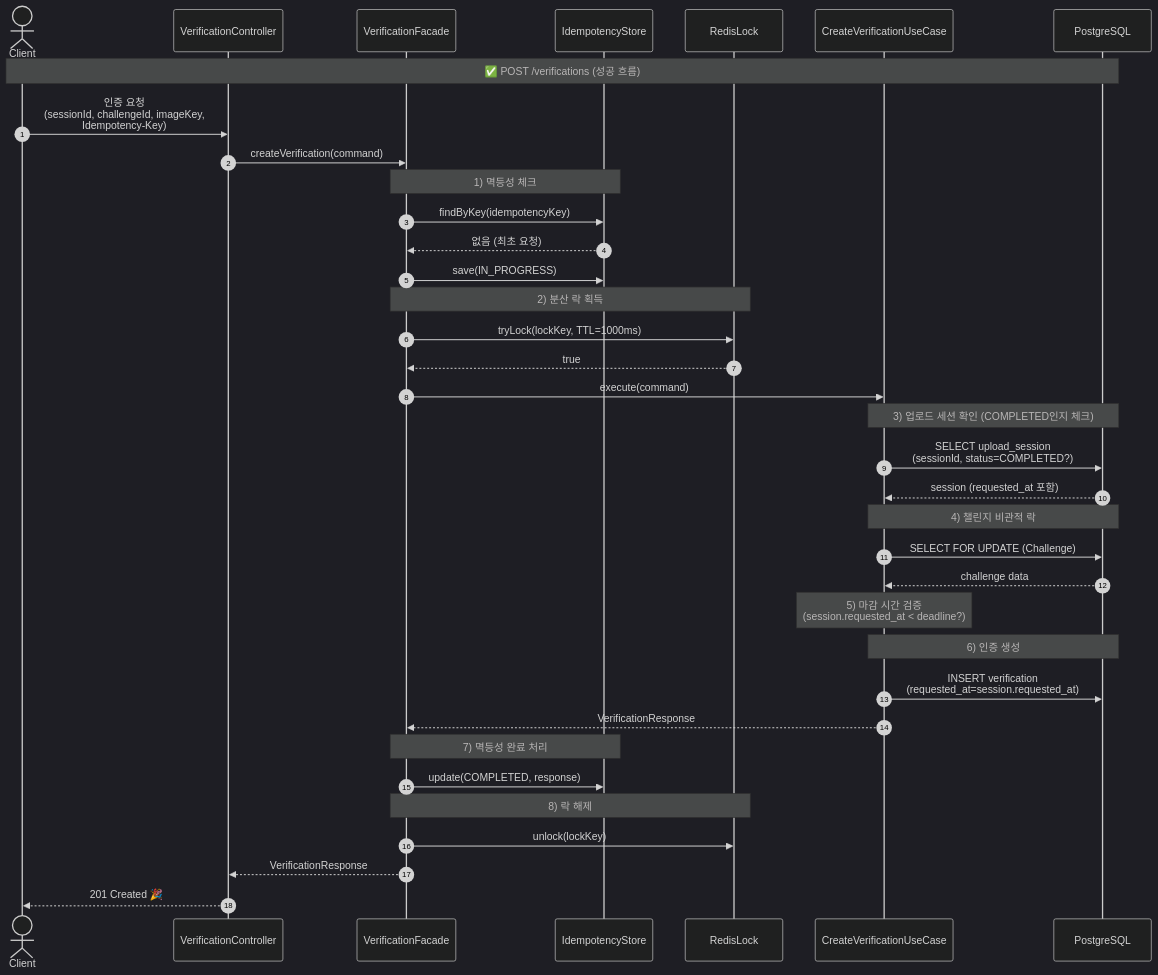
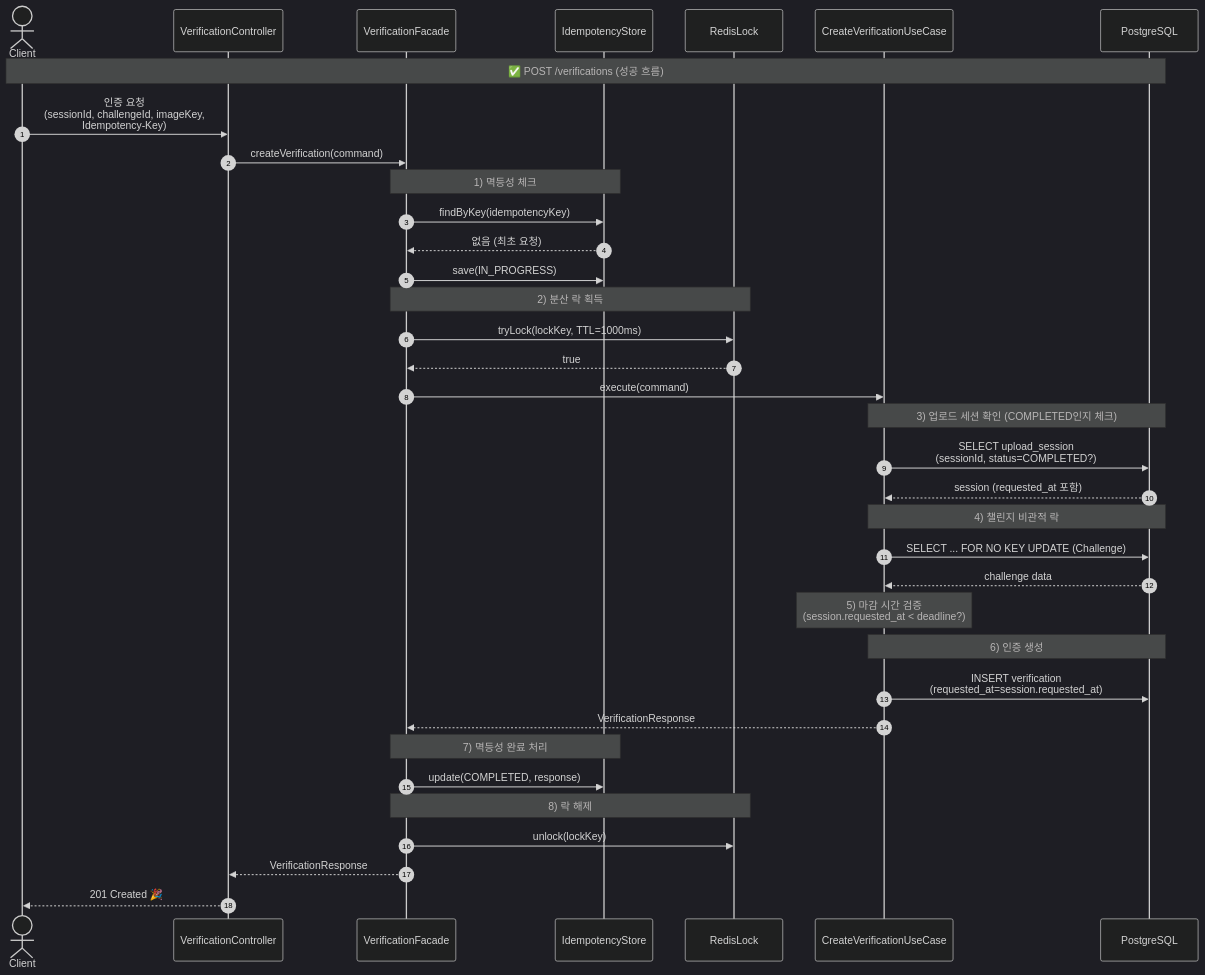
The third of 4 diagrams in docs/spec/sequence/verification.md (JianYang98/TriAgain), drawn with Mermaid (dark theme) before and after one commit. The commit also changed other lines of this file and 5 other files, not shown here.

````diff
--- a/docs/spec/sequence/verification.md
+++ b/docs/spec/sequence/verification.md
@@ -84,50 +84,50 @@
 ```mermaid
 sequenceDiagram
     autonumber
     actor Client as Client
     participant Controller as VerificationController
     participant Facade as VerificationFacade
     participant IdemStore as IdempotencyStore
     participant Lock as RedisLock
     participant UseCase as CreateVerificationUseCase
     participant DB as PostgreSQL
 
     Note over Client,DB: ✅ POST /verifications (성공 흐름)
 
     Client->>Controller: 인증 요청<br/>(sessionId, challengeId, imageKey,<br/>Idempotency-Key)
     Controller->>Facade: createVerification(command)
 
     Note over Facade,IdemStore: 1) 멱등성 체크
     Facade->>IdemStore: findByKey(idempotencyKey)
     IdemStore-->>Facade: 없음 (최초 요청)
     Facade->>IdemStore: save(IN_PROGRESS)
 
     Note over Facade,Lock: 2) 분산 락 획득
     Facade->>Lock: tryLock(lockKey, TTL=1000ms)
     Lock-->>Facade: true
 
     Facade->>UseCase: execute(command)
 
     Note over UseCase,DB: 3) 업로드 세션 확인 (COMPLETED인지 체크)
     UseCase->>DB: SELECT upload_session<br/>(sessionId, status=COMPLETED?)
     DB-->>UseCase: session (requested_at 포함)
 
     Note over UseCase,DB: 4) 챌린지 비관적 락
-    UseCase->>DB: SELECT FOR UPDATE (Challenge)
+    UseCase->>DB: SELECT ... FOR NO KEY UPDATE (Challenge)
     DB-->>UseCase: challenge data
 
     Note over UseCase: 5) 마감 시간 검증<br/>(session.requested_at < deadline?)
 
     Note over UseCase,DB: 6) 인증 생성
     UseCase->>DB: INSERT verification<br/>(requested_at=session.requested_at)
     UseCase-->>Facade: VerificationResponse
 
     Note over Facade,IdemStore: 7) 멱등성 완료 처리
     Facade->>IdemStore: update(COMPLETED, response)
 
     Note over Facade,Lock: 8) 락 해제
     Facade->>Lock: unlock(lockKey)
 
     Facade-->>Controller: VerificationResponse
     Controller-->>Client: 201 Created 🎉
 ```
````
